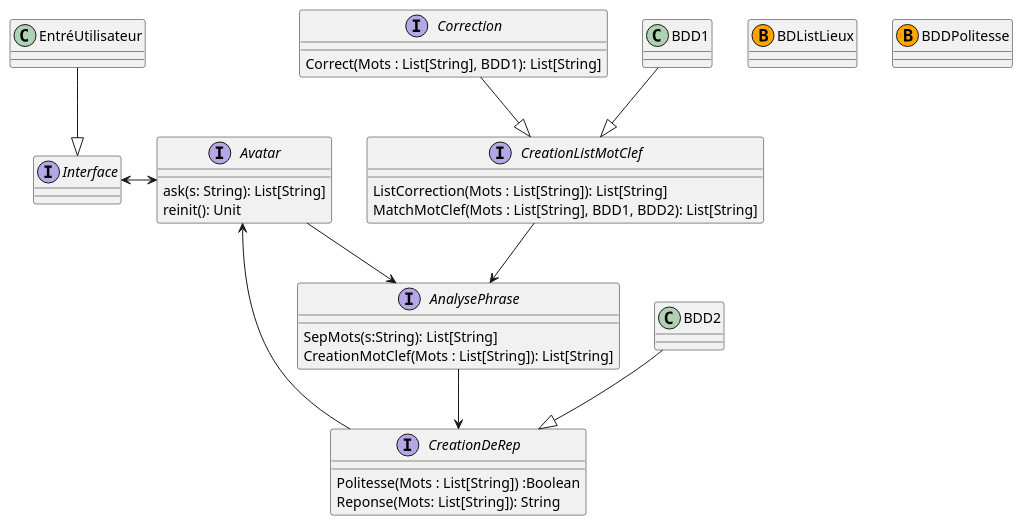
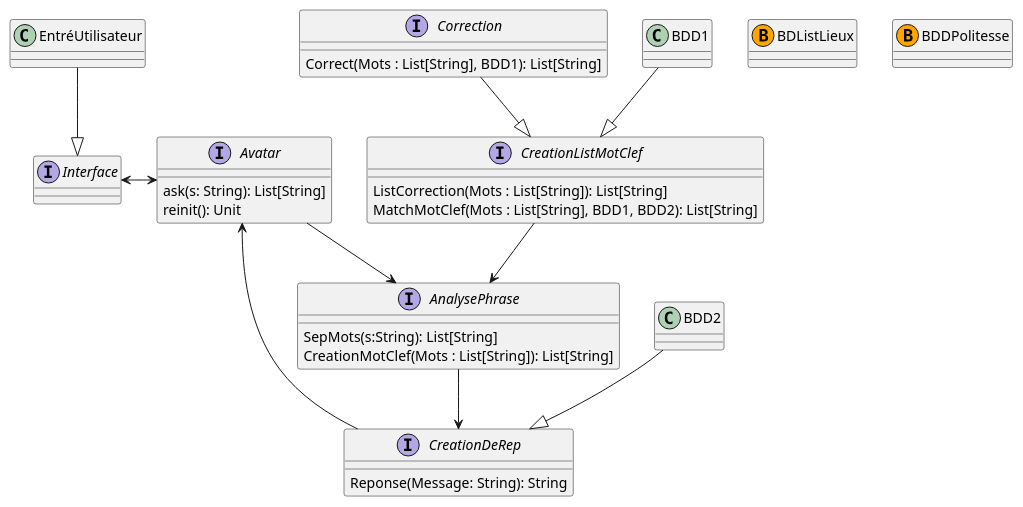
One commit to spc-ezual/AvatarProjet changed the diagram in doc/Diagramme.plantuml. Above: the diagram before and after it, drawn with PlantUML. The commit also changed 4 other files, not shown here.

```diff
--- a/doc/Diagramme.plantuml
+++ b/doc/Diagramme.plantuml
@@ -2,45 +2,44 @@
 @startuml Avatar
 interface Avatar{
     ask(s: String): List[String]
     reinit(): Unit
 }
 
 interface CreationListMotClef{
     ListCorrection(Mots : List[String]): List[String]
     MatchMotClef(Mots : List[String], BDD1, BDD2): List[String]
 }
 
 interface AnalysePhrase{
     SepMots(s:String): List[String]
     CreationMotClef(Mots : List[String]): List[String]
 }
 interface CreationDeRep{
-    Politesse(Mots : List[String]) :Boolean
-    Reponse(Mots: List[String]): String
+    Reponse(Message: String): String
 }
 interface Correction{
     Correct(Mots : List[String], BDD1): List[String]
 }
 
 interface Interface{
     
 }
 
 Interface <-> Avatar
 Avatar --> AnalysePhrase
 AnalysePhrase --> CreationDeRep
 CreationDeRep --> Avatar
 Correction --|> CreationListMotClef
 
 
 
 
 class BDListLieux <<(B,Orange)>>
 class BDDPolitesse <<(B,Orange)>>
 CreationListMotClef --> AnalysePhrase
 BDD1 --|> CreationListMotClef
 BDD2 --|> CreationDeRep
 
 EntréUtilisateur --|> Interface
 
 @enduml
```
